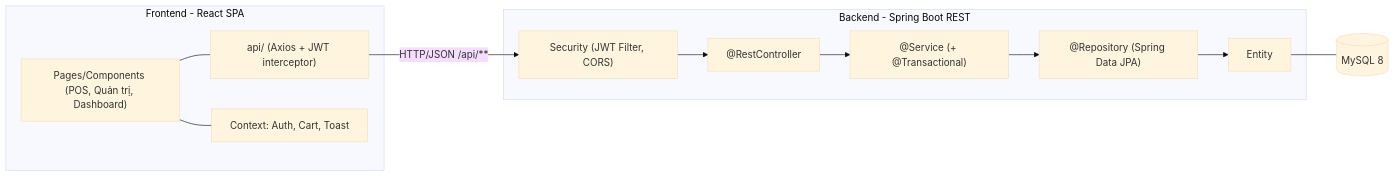
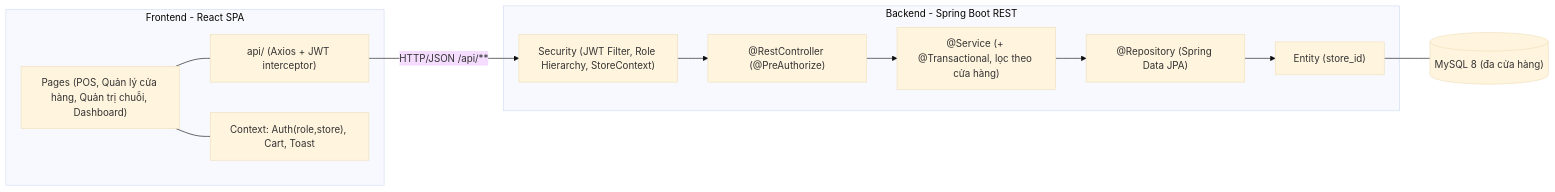
Before and after one commit to hohuyhoang308/MiniMartPOS-DATT-CT07: the first of 4 diagrams in docs/BAO_CAO_DO_AN.md, drawn with Mermaid (base theme). The commit also changed other lines of this file and 1 other file, not shown here.

First line of the commit message:
docs: rewrite design report & assessment for multi-store + 3-tier roles

````diff
--- a/docs/BAO_CAO_DO_AN.md
+++ b/docs/BAO_CAO_DO_AN.md
@@ -136,21 +147,21 @@
 ```mermaid
 flowchart LR
     subgraph FE["Frontend - React SPA"]
-        UI["Pages/Components (POS, Quản trị, Dashboard)"]
+        UI["Pages (POS, Quản lý cửa hàng, Quản trị chuỗi, Dashboard)"]
         AX["api/ (Axios + JWT interceptor)"]
-        CTX["Context: Auth, Cart, Toast"]
+        CTX["Context: Auth(role,store), Cart, Toast"]
         UI --- CTX
         UI --- AX
     end
     subgraph BE["Backend - Spring Boot REST"]
-        SEC["Security (JWT Filter, CORS)"]
-        CTRL["@RestController"]
-        SVC["@Service (+ @Transactional)"]
+        SEC["Security (JWT Filter, Role Hierarchy, StoreContext)"]
+        CTRL["@RestController (@PreAuthorize)"]
+        SVC["@Service (+ @Transactional, lọc theo cửa hàng)"]
         REPO["@Repository (Spring Data JPA)"]
-        ENT["Entity"]
+        ENT["Entity (store_id)"]
         SEC --> CTRL --> SVC --> REPO --> ENT
     end
-    DB[("MySQL 8")]
+    DB[("MySQL 8 (đa cửa hàng)")]
     AX -- "HTTP/JSON /api/**" --> SEC
     ENT --- DB
 ```
````
